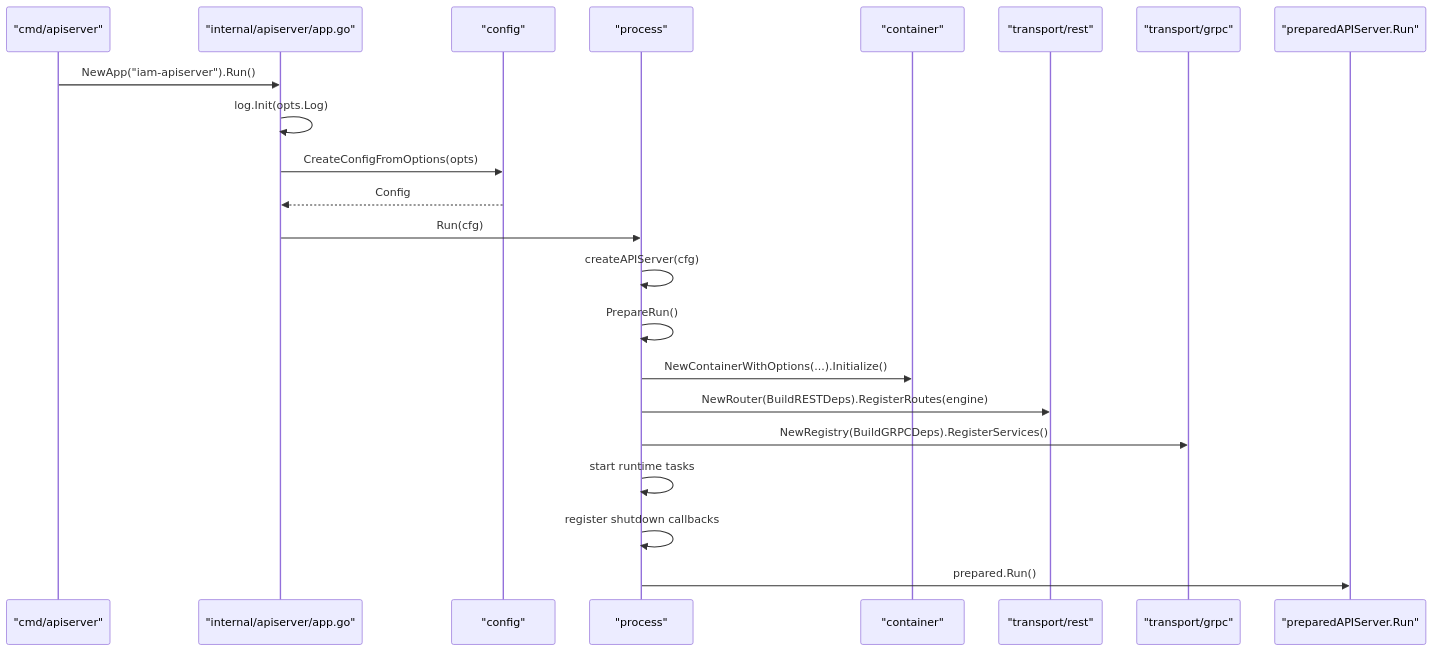
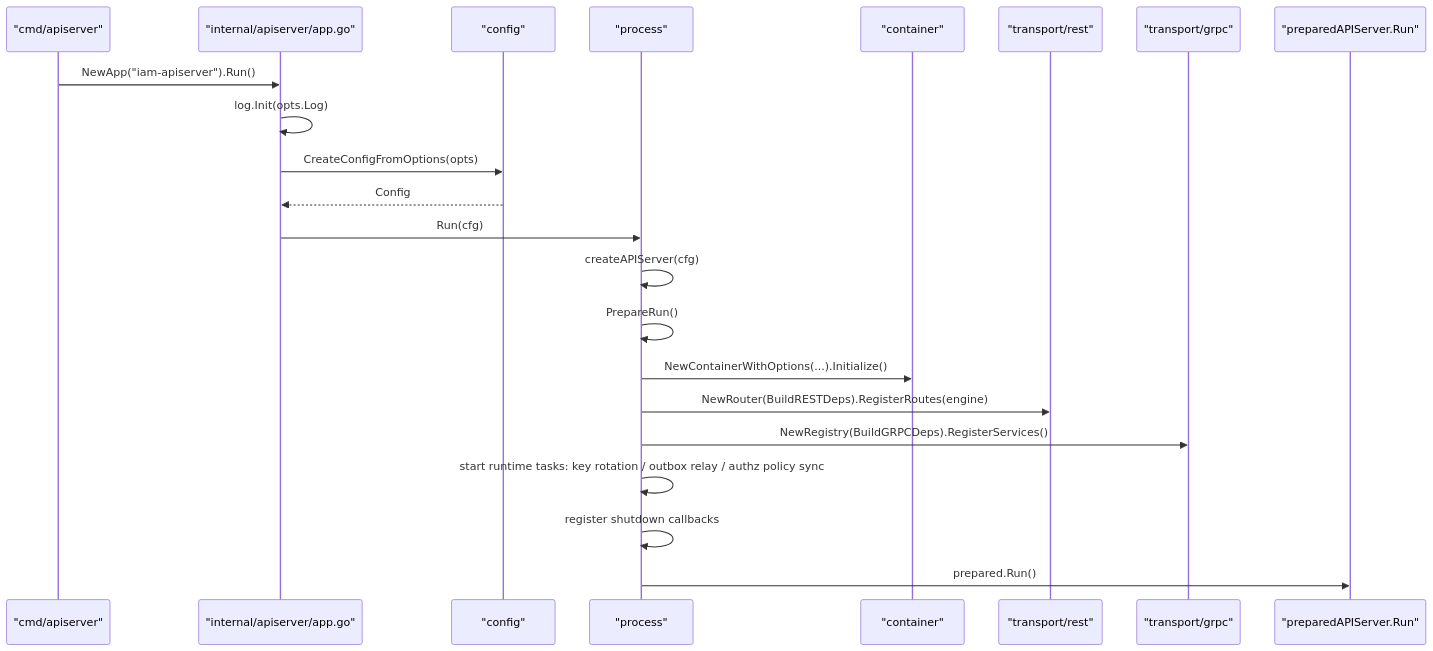
Before and after one commit to FangcunMount/iam: the first of 11 diagrams in docs/01-运行时/01-服务入口与生命周期装配.md, drawn with Mermaid. The commit also changed other lines of this file and 5 other files, not shown here.

````diff
--- a/docs/01-运行时/01-服务入口与生命周期装配.md
+++ b/docs/01-运行时/01-服务入口与生命周期装配.md
@@ -61,25 +62,25 @@
 ```mermaid
 sequenceDiagram
     participant Main as "cmd/apiserver"
     participant App as "internal/apiserver/app.go"
     participant Config as "config"
     participant Process as "process"
     participant Container as "container"
     participant REST as "transport/rest"
     participant GRPC as "transport/grpc"
     participant Run as "preparedAPIServer.Run"
 
     Main->>App: NewApp("iam-apiserver").Run()
     App->>App: log.Init(opts.Log)
     App->>Config: CreateConfigFromOptions(opts)
     Config-->>App: Config
     App->>Process: Run(cfg)
     Process->>Process: createAPIServer(cfg)
     Process->>Process: PrepareRun()
     Process->>Container: NewContainerWithOptions(...).Initialize()
     Process->>REST: NewRouter(BuildRESTDeps).RegisterRoutes(engine)
     Process->>GRPC: NewRegistry(BuildGRPCDeps).RegisterServices()
-    Process->>Process: start runtime tasks
+    Process->>Process: start runtime tasks: key rotation / outbox relay / authz policy sync
     Process->>Process: register shutdown callbacks
     Process->>Run: prepared.Run()
 ```
````
